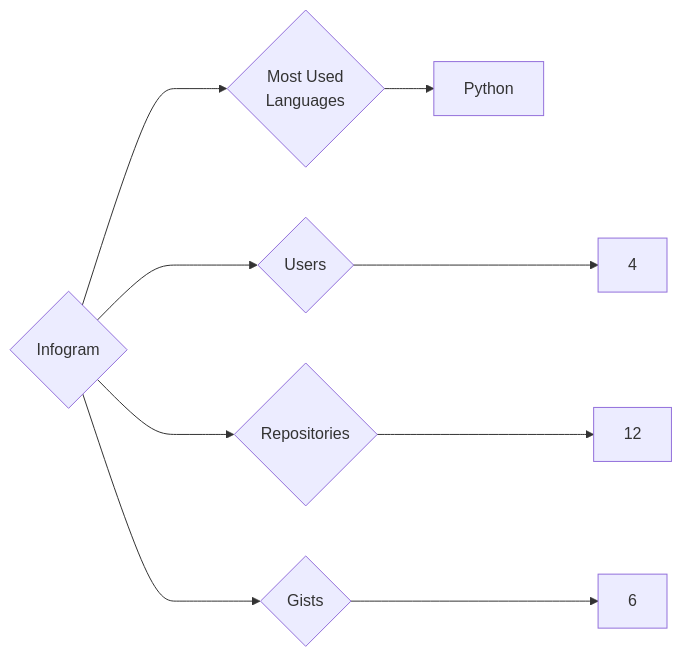
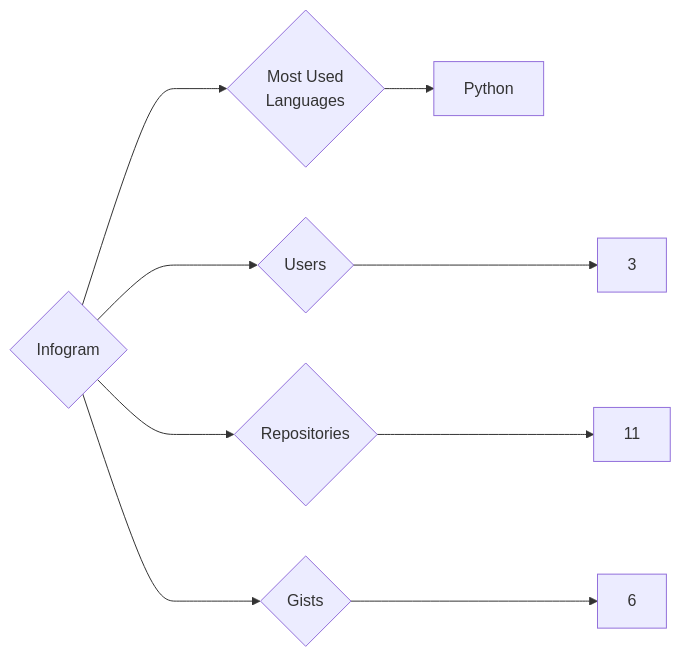
The diagram in targets/Infogram/README.md (trickest/insiders), drawn with Mermaid before and after one commit. The commit also changed 1036 other files, not shown here.

````diff
--- a/targets/Infogram/README.md
+++ b/targets/Infogram/README.md
@@ -3,9 +3,9 @@
 ```mermaid
 graph LR
 COMPANY_NAME{Infogram}
-COMPANY_NAME ---> U{Users} ---> UN[4]
-COMPANY_NAME ---> R{Repositories} ---> RN[12]
+COMPANY_NAME ---> U{Users} ---> UN[3]
+COMPANY_NAME ---> R{Repositories} ---> RN[11]
 COMPANY_NAME ---> G{Gists} ---> GN[6]
 COMPANY_NAME ---> ML{Most Used<br>Languages}
 ML --> Python[Python]
 ```
````
